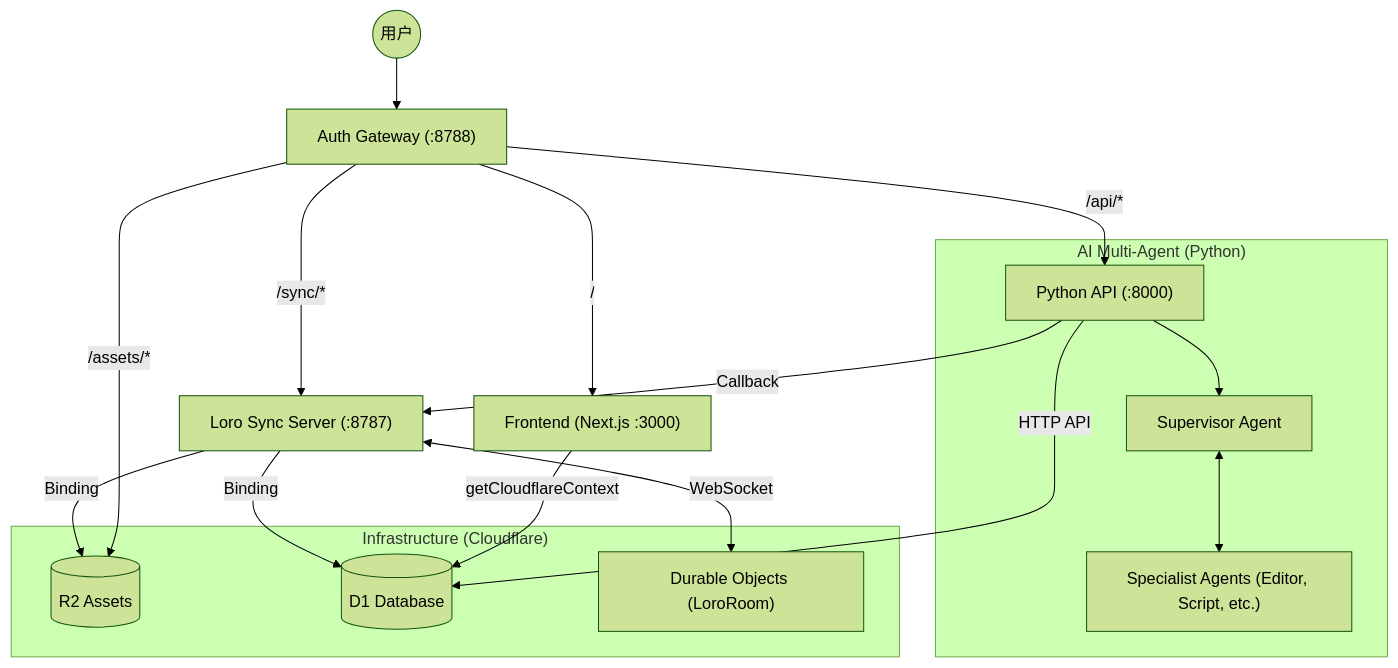
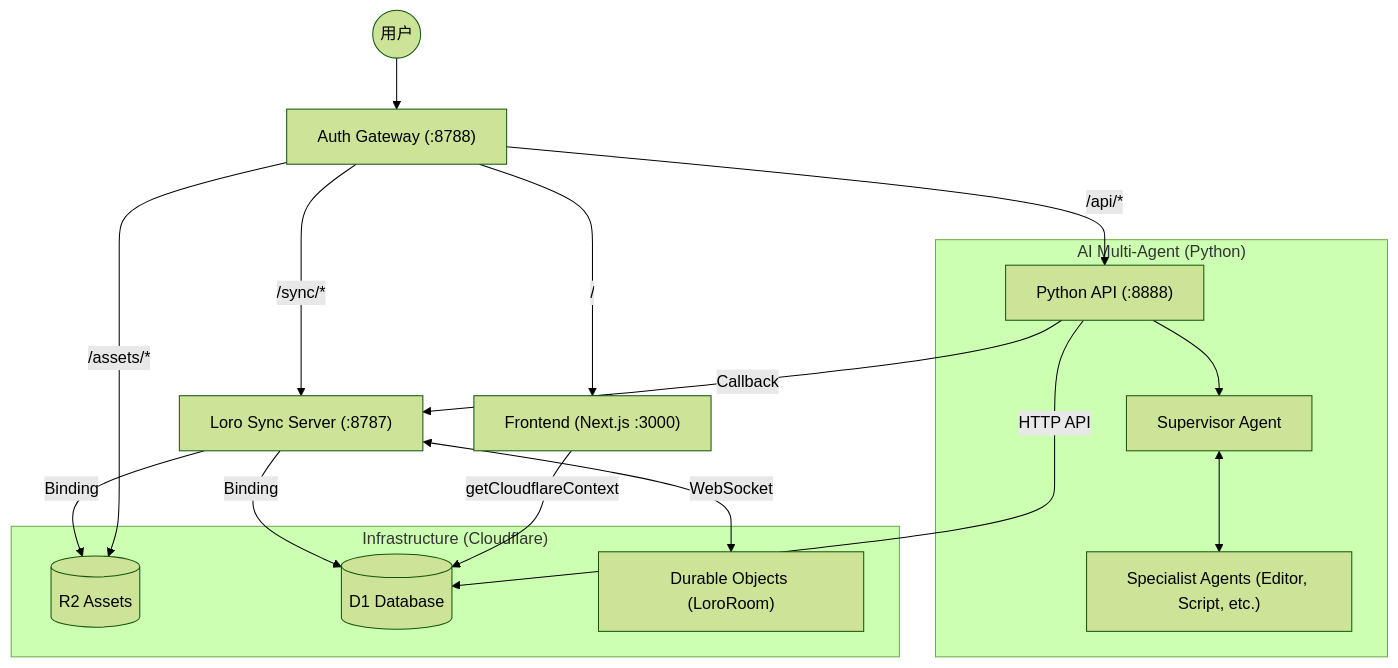
Before and after one commit to hrhrng/clash: the first of 2 diagrams in apps/loro-sync-server/ARCHITECTURE.md, drawn with Mermaid (forest theme). The commit also changed other lines of this file and 117 other files, not shown here.

````diff
--- a/apps/loro-sync-server/ARCHITECTURE.md
+++ b/apps/loro-sync-server/ARCHITECTURE.md
@@ -9,30 +9,30 @@
 ```mermaid
 graph TD
     User((用户)) --> Gateway["Auth Gateway (:8788)"]
     
     Gateway -->|/| Web["Frontend (Next.js :3000)"]
     Gateway -->|/sync/*| Sync["Loro Sync Server (:8787)"]
-    Gateway -->|/api/*| API["Python API (:8000)"]
+    Gateway -->|/api/*| API["Python API (:8888)"]
     Gateway -->|/assets/*| R2[("R2 Assets")]
     
     subgraph "Infrastructure (Cloudflare)"
         D1[("D1 Database")]
         R2
         DO["Durable Objects (LoroRoom)"]
     end
     
     subgraph "AI Multi-Agent (Python)"
         Supervisor["Supervisor Agent"]
         SubAgents["Specialist Agents (Editor, Script, etc.)"]
         API --> Supervisor
         Supervisor <--> SubAgents
     end
     
     Web -->|getCloudflareContext| D1
     Sync -->|Binding| D1
     Sync -->|Binding| R2
     API -->|HTTP API| D1
     
     Sync <-->|WebSocket| DO
     API -->|Callback| Sync
 ```
````
